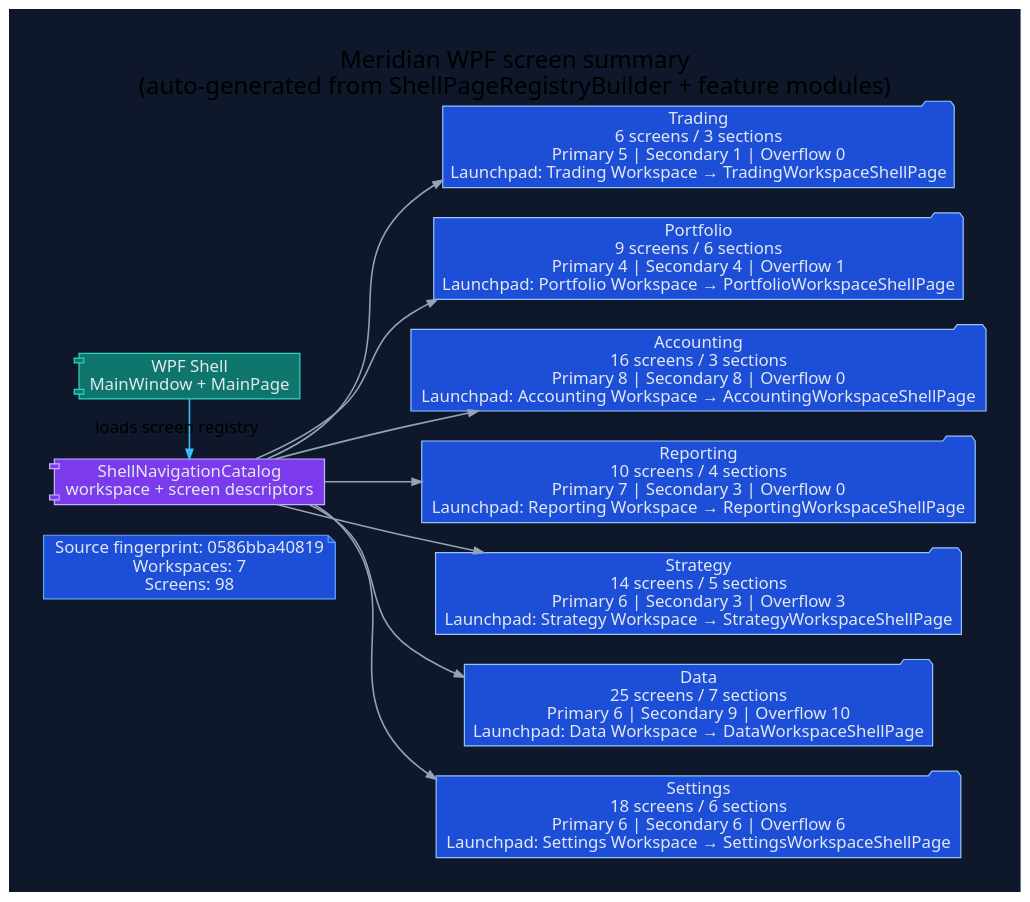
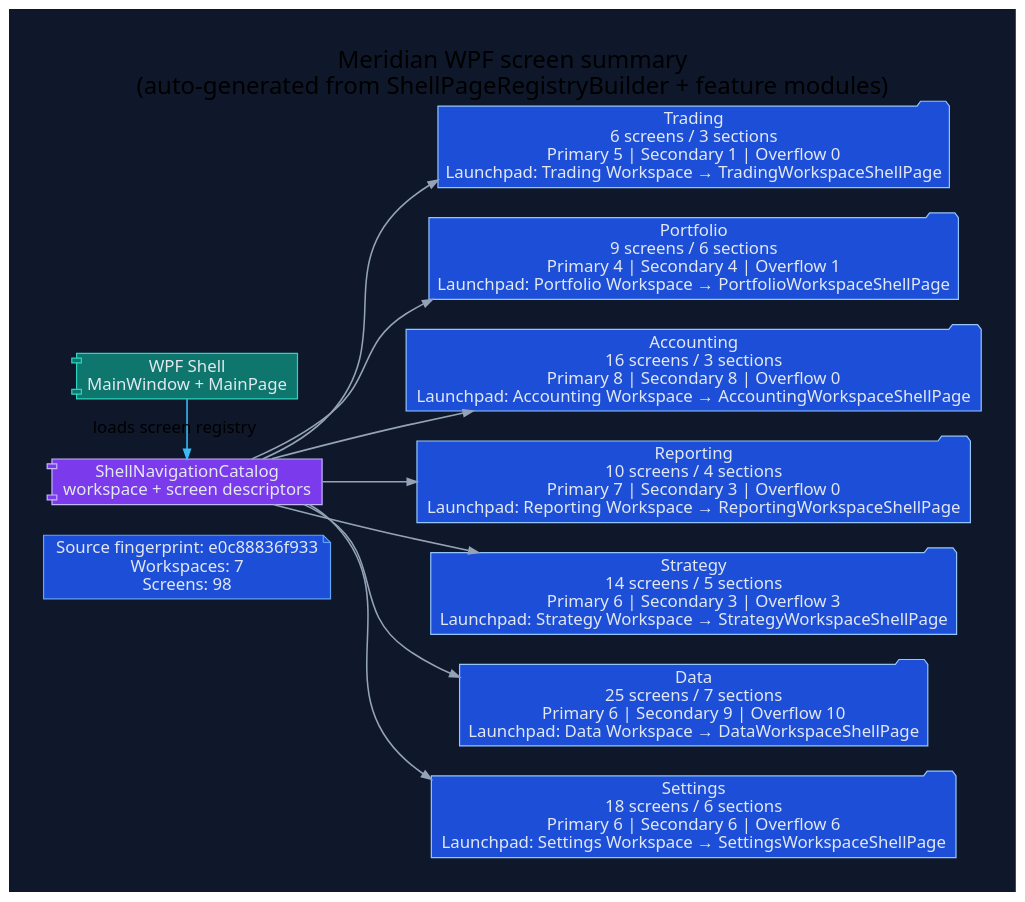
Before and after one commit to rodoHasArrived/Meridian-main: the diagram in docs/diagrams/ui-wpf-screen-summary.dot, drawn with Graphviz. The commit also changed 21 other files, not shown here.

First line of the commit message:
docs(diagrams): regenerate UI diagrams for the changed WPF source fingerprint

```diff
--- a/docs/diagrams/ui-wpf-screen-summary.dot
+++ b/docs/diagrams/ui-wpf-screen-summary.dot
@@ -1,42 +1,42 @@
 // -----------------------------------------------------------------------------
 // <auto-generated>
 // Generated by scripts/generate-diagrams.mjs.
 // Do not edit this file directly; update the WPF source files instead.
 // -----------------------------------------------------------------------------
 digraph WpfScreenSummary {
   graph [
     rankdir=LR,
     labelloc=t,
     label="Meridian WPF screen summary\n(auto-generated from ShellPageRegistryBuilder + feature modules)",
     fontname="Segoe UI",
     fontsize=20,
     pad=0.4,
     nodesep=0.35,
     ranksep=0.85,
     bgcolor="#0f172a"
   ];
   node [fontname="Segoe UI", shape=box, style="rounded,filled", color="#475569", fontcolor="#e2e8f0", fillcolor="#1e293b"];
   edge [fontname="Segoe UI", color="#94a3b8", penwidth=1.3, arrowsize=0.8];
 
-  generated [shape=note, fillcolor="#1d4ed8", color="#60a5fa", label="Source fingerprint: 0586bba40819\nWorkspaces: 7\nScreens: 98"];
+  generated [shape=note, fillcolor="#1d4ed8", color="#60a5fa", label="Source fingerprint: e0c88836f933\nWorkspaces: 7\nScreens: 98"];
   shell [shape=component, fillcolor="#0f766e", color="#2dd4bf", label="WPF Shell\nMainWindow + MainPage"];
   catalog [shape=component, fillcolor="#7c3aed", color="#c4b5fd", label="ShellNavigationCatalog\nworkspace + screen descriptors"];
   shell -> catalog [label="loads screen registry", color="#38bdf8"];
 
   workspace_1 [shape=folder, fillcolor="#1d4ed8", color="#93c5fd", label="Trading\n6 screens / 3 sections\nPrimary 5 | Secondary 1 | Overflow 0\nLaunchpad: Trading Workspace → TradingWorkspaceShellPage"];
   catalog -> workspace_1;
   workspace_2 [shape=folder, fillcolor="#1d4ed8", color="#93c5fd", label="Portfolio\n9 screens / 6 sections\nPrimary 4 | Secondary 4 | Overflow 1\nLaunchpad: Portfolio Workspace → PortfolioWorkspaceShellPage"];
   catalog -> workspace_2;
   workspace_3 [shape=folder, fillcolor="#1d4ed8", color="#93c5fd", label="Accounting\n16 screens / 3 sections\nPrimary 8 | Secondary 8 | Overflow 0\nLaunchpad: Accounting Workspace → AccountingWorkspaceShellPage"];
   catalog -> workspace_3;
   workspace_4 [shape=folder, fillcolor="#1d4ed8", color="#93c5fd", label="Reporting\n10 screens / 4 sections\nPrimary 7 | Secondary 3 | Overflow 0\nLaunchpad: Reporting Workspace → ReportingWorkspaceShellPage"];
   catalog -> workspace_4;
   workspace_5 [shape=folder, fillcolor="#1d4ed8", color="#93c5fd", label="Strategy\n14 screens / 5 sections\nPrimary 6 | Secondary 3 | Overflow 3\nLaunchpad: Strategy Workspace → StrategyWorkspaceShellPage"];
   catalog -> workspace_5;
   workspace_6 [shape=folder, fillcolor="#1d4ed8", color="#93c5fd", label="Data\n25 screens / 7 sections\nPrimary 6 | Secondary 9 | Overflow 10\nLaunchpad: Data Workspace → DataWorkspaceShellPage"];
   catalog -> workspace_6;
   workspace_7 [shape=folder, fillcolor="#1d4ed8", color="#93c5fd", label="Settings\n18 screens / 6 sections\nPrimary 6 | Secondary 6 | Overflow 6\nLaunchpad: Settings Workspace → SettingsWorkspaceShellPage"];
   catalog -> workspace_7;
 
   { rank=min; generated; shell; catalog; }
 }
```
